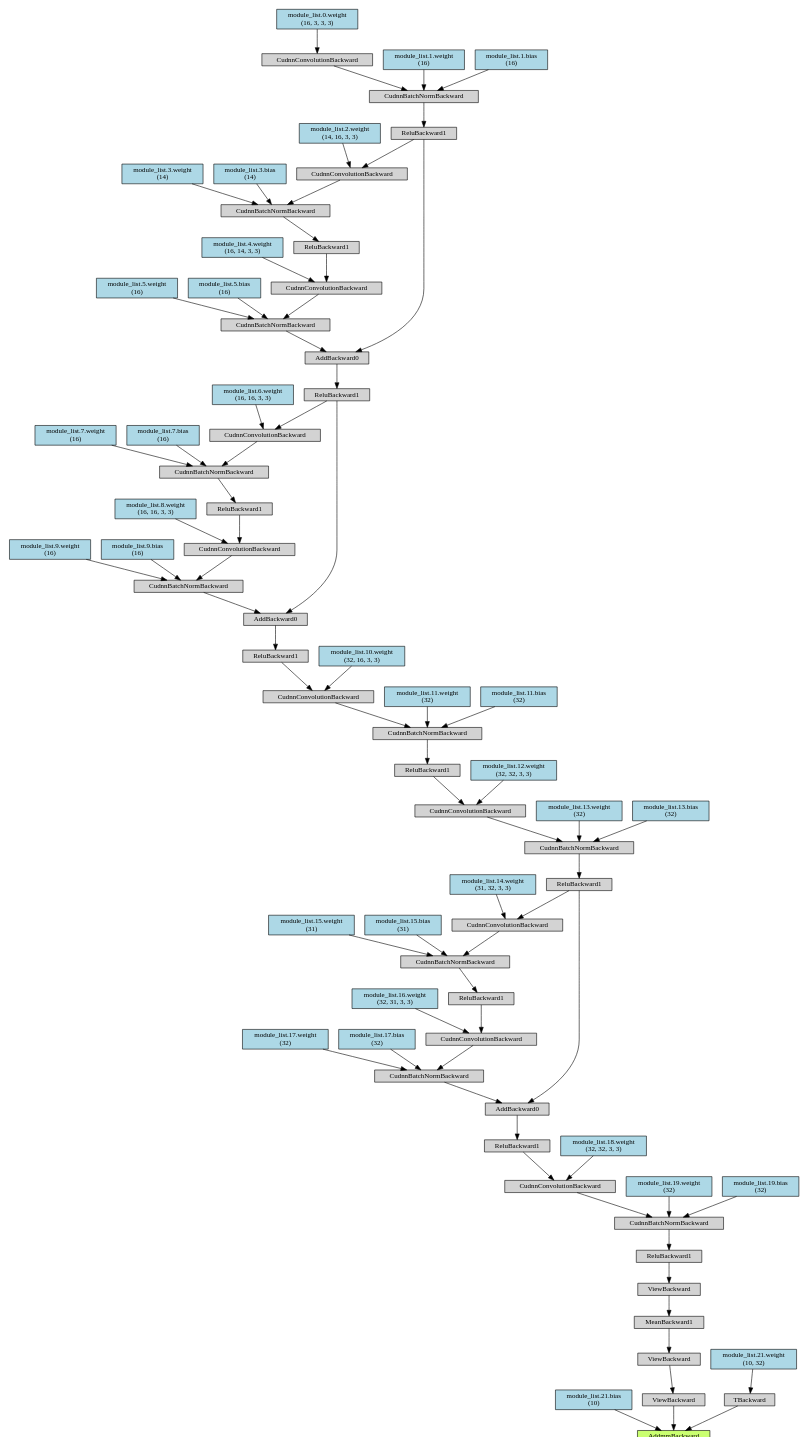
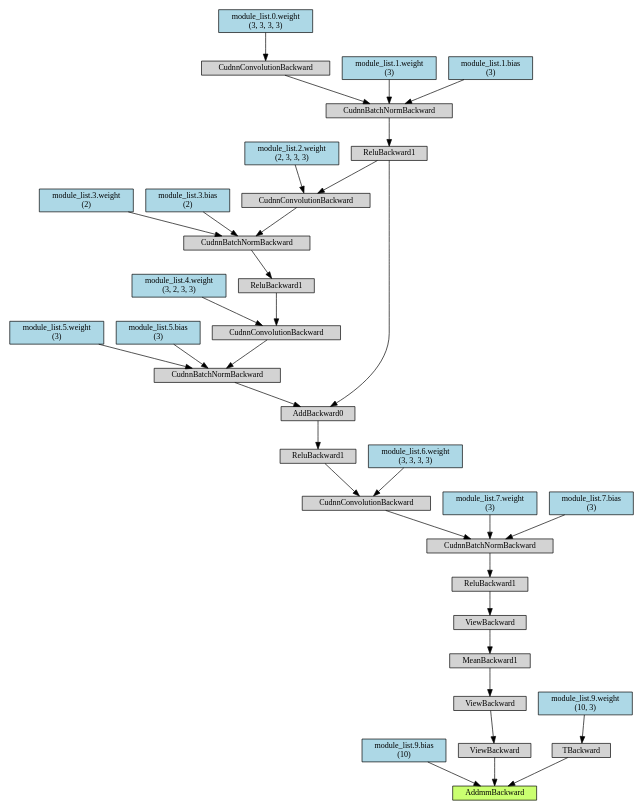
The diagram in PruneTrain17_0.dot (j3ssi/MA_Source), drawn with Graphviz before and after one commit. The commit also changed 191 other files, not shown here.

```diff
--- a/PruneTrain17_0.dot
+++ b/PruneTrain17_0.dot
@@ -1,180 +1,84 @@
 digraph {
-	graph [size="21.599999999999998,21.599999999999998"]
+	graph [size="12,12"]
 	node [align=left fontsize=12 height=0.2 ranksep=0.1 shape=box style=filled]
-	140712356647712 [label=AddmmBackward fillcolor=darkolivegreen1]
-	140712356648440 -> 140712356647712
-	140712356648440 [label="module_list.21.bias
+	140678379063616 [label=AddmmBackward fillcolor=darkolivegreen1]
+	140678378978888 -> 140678379063616
+	140678378978888 [label="module_list.9.bias
  (10)" fillcolor=lightblue]
-	140712356649616 -> 140712356647712
-	140712356649616 [label=ViewBackward]
-	140712256399288 -> 140712356649616
-	140712256399288 [label=ViewBackward]
-	140712256400968 -> 140712256399288
-	140712256400968 [label=MeanBackward1]
-	140712256401248 -> 140712256400968
-	140712256401248 [label=ViewBackward]
-	140712256397888 -> 140712256401248
-	140712256397888 [label=ReluBackward1]
-	140712256399008 -> 140712256397888
-	140712256399008 [label=CudnnBatchNormBackward]
-	140712256398840 -> 140712256399008
-	140712256398840 [label=CudnnConvolutionBackward]
-	140712256400688 -> 140712256398840
-	140712256400688 [label=ReluBackward1]
-	140712256400576 -> 140712256400688
-	140712256400576 [label=AddBackward0]
-	140712256398448 -> 140712256400576
-	140712256398448 [label=ReluBackward1]
-	140712256398336 -> 140712256398448
-	140712256398336 [label=CudnnBatchNormBackward]
-	140712256398280 -> 140712256398336
-	140712256398280 [label=CudnnConvolutionBackward]
-	140712256400184 -> 140712256398280
-	140712256400184 [label=ReluBackward1]
-	140712256400072 -> 140712256400184
-	140712256400072 [label=CudnnBatchNormBackward]
-	140712256397944 -> 140712256400072
-	140712256397944 [label=CudnnConvolutionBackward]
-	140712256397776 -> 140712256397944
-	140712256397776 [label=ReluBackward1]
-	140712256399680 -> 140712256397776
-	140712256399680 [label=AddBackward0]
-	140712256399624 -> 140712256399680
-	140712256399624 [label=ReluBackward1]
-	140712256397440 -> 140712256399624
-	140712256397440 [label=AddBackward0]
-	140712256397384 -> 140712256397440
-	140712256397384 [label=ReluBackward1]
-	140712256401024 -> 140712256397384
-	140712256401024 [label=CudnnBatchNormBackward]
-	140712256398504 -> 140712256401024
-	140712256398504 [label=CudnnConvolutionBackward]
-	140712256398672 -> 140712256398504
-	140712256398672 [label="module_list.0.weight
- (16, 3, 3, 3)" fillcolor=lightblue]
-	140712256401360 -> 140712256401024
-	140712256401360 [label="module_list.1.weight
- (16)" fillcolor=lightblue]
-	140712256400016 -> 140712256401024
-	140712256400016 [label="module_list.1.bias
- (16)" fillcolor=lightblue]
-	140712256399400 -> 140712256397440
-	140712256399400 [label=CudnnBatchNormBackward]
-	140712256398728 -> 140712256399400
-	140712256398728 [label=CudnnConvolutionBackward]
-	140711034572872 -> 140712256398728
-	140711034572872 [label=ReluBackward1]
-	140711034573096 -> 140711034572872
-	140711034573096 [label=CudnnBatchNormBackward]
-	140711034573208 -> 140711034573096
-	140711034573208 [label=CudnnConvolutionBackward]
-	140712256397384 -> 140711034573208
-	140711034573432 -> 140711034573208
-	140711034573432 [label="module_list.2.weight
- (14, 16, 3, 3)" fillcolor=lightblue]
-	140711034573264 -> 140711034573096
-	140711034573264 [label="module_list.3.weight
- (14)" fillcolor=lightblue]
-	140711034573320 -> 140711034573096
-	140711034573320 [label="module_list.3.bias
- (14)" fillcolor=lightblue]
-	140711034572984 -> 140712256398728
-	140711034572984 [label="module_list.4.weight
- (16, 14, 3, 3)" fillcolor=lightblue]
-	140712256401136 -> 140712256399400
-	140712256401136 [label="module_list.5.weight
- (16)" fillcolor=lightblue]
-	140712256399960 -> 140712256399400
-	140712256399960 [label="module_list.5.bias
- (16)" fillcolor=lightblue]
-	140712256399568 -> 140712256399680
-	140712256399568 [label=CudnnBatchNormBackward]
-	140712256399512 -> 140712256399568
-	140712256399512 [label=CudnnConvolutionBackward]
-	140711034573376 -> 140712256399512
-	140711034573376 [label=ReluBackward1]
-	140711034573600 -> 140711034573376
-	140711034573600 [label=CudnnBatchNormBackward]
-	140711034573544 -> 140711034573600
-	140711034573544 [label=CudnnConvolutionBackward]
-	140712256399624 -> 140711034573544
-	140711034573880 -> 140711034573544
-	140711034573880 [label="module_list.6.weight
- (16, 16, 3, 3)" fillcolor=lightblue]
-	140711034573712 -> 140711034573600
-	140711034573712 [label="module_list.7.weight
- (16)" fillcolor=lightblue]
-	140711034573768 -> 140711034573600
-	140711034573768 [label="module_list.7.bias
- (16)" fillcolor=lightblue]
-	140711034573488 -> 140712256399512
-	140711034573488 [label="module_list.8.weight
- (16, 16, 3, 3)" fillcolor=lightblue]
-	140712256400912 -> 140712256399568
-	140712256400912 [label="module_list.9.weight
- (16)" fillcolor=lightblue]
-	140711034572928 -> 140712256399568
-	140711034572928 [label="module_list.9.bias
- (16)" fillcolor=lightblue]
-	140712256397720 -> 140712256397944
-	140712256397720 [label="module_list.10.weight
- (32, 16, 3, 3)" fillcolor=lightblue]
-	140712256399904 -> 140712256400072
-	140712256399904 [label="module_list.11.weight
- (32)" fillcolor=lightblue]
-	140712256397832 -> 140712256400072
-	140712256397832 [label="module_list.11.bias
- (32)" fillcolor=lightblue]
-	140712256398112 -> 140712256398280
-	140712256398112 [label="module_list.12.weight
- (32, 32, 3, 3)" fillcolor=lightblue]
-	140712256400296 -> 140712256398336
-	140712256400296 [label="module_list.13.weight
- (32)" fillcolor=lightblue]
-	140712256400240 -> 140712256398336
-	140712256400240 [label="module_list.13.bias
- (32)" fillcolor=lightblue]
-	140712256398392 -> 140712256400576
-	140712256398392 [label=CudnnBatchNormBackward]
-	140712256398224 -> 140712256398392
-	140712256398224 [label=CudnnConvolutionBackward]
-	140712256399736 -> 140712256398224
-	140712256399736 [label=ReluBackward1]
-	140712256397608 -> 140712256399736
-	140712256397608 [label=CudnnBatchNormBackward]
-	140711034573152 -> 140712256397608
-	140711034573152 [label=CudnnConvolutionBackward]
-	140712256398448 -> 140711034573152
-	140711034574048 -> 140711034573152
-	140711034574048 [label="module_list.14.weight
- (31, 32, 3, 3)" fillcolor=lightblue]
-	140711034573824 -> 140712256397608
-	140711034573824 [label="module_list.15.weight
- (31)" fillcolor=lightblue]
-	140711034573936 -> 140712256397608
-	140711034573936 [label="module_list.15.bias
- (31)" fillcolor=lightblue]
-	140712256398000 -> 140712256398224
-	140712256398000 [label="module_list.16.weight
- (32, 31, 3, 3)" fillcolor=lightblue]
-	140712256398168 -> 140712256398392
-	140712256398168 [label="module_list.17.weight
- (32)" fillcolor=lightblue]
-	140712256398056 -> 140712256398392
-	140712256398056 [label="module_list.17.bias
- (32)" fillcolor=lightblue]
-	140712256398616 -> 140712256398840
-	140712256398616 [label="module_list.18.weight
- (32, 32, 3, 3)" fillcolor=lightblue]
-	140712256398784 -> 140712256399008
-	140712256398784 [label="module_list.19.weight
- (32)" fillcolor=lightblue]
-	140712256400800 -> 140712256399008
-	140712256400800 [label="module_list.19.bias
- (32)" fillcolor=lightblue]
-	140712356647824 -> 140712356647712
-	140712356647824 [label=TBackward]
-	140712256399176 -> 140712356647824
-	140712256399176 [label="module_list.21.weight
- (10, 32)" fillcolor=lightblue]
+	140679510623176 -> 140678379063616
+	140679510623176 [label=ViewBackward]
+	140679510623400 -> 140679510623176
+	140679510623400 [label=ViewBackward]
+	140679510623008 -> 140679510623400
+	140679510623008 [label=MeanBackward1]
+	140679510623624 -> 140679510623008
+	140679510623624 [label=ViewBackward]
+	140679510623736 -> 140679510623624
+	140679510623736 [label=ReluBackward1]
+	140679510623848 -> 140679510623736
+	140679510623848 [label=CudnnBatchNormBackward]
+	140679510623960 -> 140679510623848
+	140679510623960 [label=CudnnConvolutionBackward]
+	140679510624184 -> 140679510623960
+	140679510624184 [label=ReluBackward1]
+	140679510624352 -> 140679510624184
+	140679510624352 [label=AddBackward0]
+	140679510624464 -> 140679510624352
+	140679510624464 [label=ReluBackward1]
+	140679510624632 -> 140679510624464
+	140679510624632 [label=CudnnBatchNormBackward]
+	140679510624744 -> 140679510624632
+	140679510624744 [label=CudnnConvolutionBackward]
+	140679510624968 -> 140679510624744
+	140679510624968 [label="module_list.0.weight
+ (3, 3, 3, 3)" fillcolor=lightblue]
+	140679510624800 -> 140679510624632
+	140679510624800 [label="module_list.1.weight
+ (3)" fillcolor=lightblue]
+	140679510624856 -> 140679510624632
+	140679510624856 [label="module_list.1.bias
+ (3)" fillcolor=lightblue]
+	140679510624520 -> 140679510624352
+	140679510624520 [label=CudnnBatchNormBackward]
+	140679510624688 -> 140679510624520
+	140679510624688 [label=CudnnConvolutionBackward]
+	140679510625136 -> 140679510624688
+	140679510625136 [label=ReluBackward1]
+	140679510625304 -> 140679510625136
+	140679510625304 [label=CudnnBatchNormBackward]
+	140679510625416 -> 140679510625304
+	140679510625416 [label=CudnnConvolutionBackward]
+	140679510624464 -> 140679510625416
+	140679510625640 -> 140679510625416
+	140679510625640 [label="module_list.2.weight
+ (2, 3, 3, 3)" fillcolor=lightblue]
+	140679510625472 -> 140679510625304
+	140679510625472 [label="module_list.3.weight
+ (2)" fillcolor=lightblue]
+	140679510625528 -> 140679510625304
+	140679510625528 [label="module_list.3.bias
+ (2)" fillcolor=lightblue]
+	140679510625192 -> 140679510624688
+	140679510625192 [label="module_list.4.weight
+ (3, 2, 3, 3)" fillcolor=lightblue]
+	140679510624912 -> 140679510624520
+	140679510624912 [label="module_list.5.weight
+ (3)" fillcolor=lightblue]
+	140679510625024 -> 140679510624520
+	140679510625024 [label="module_list.5.bias
+ (3)" fillcolor=lightblue]
+	140679510624240 -> 140679510623960
+	140679510624240 [label="module_list.6.weight
+ (3, 3, 3, 3)" fillcolor=lightblue]
+	140679510624016 -> 140679510623848
+	140679510624016 [label="module_list.7.weight
+ (3)" fillcolor=lightblue]
+	140679510624072 -> 140679510623848
+	140679510624072 [label="module_list.7.bias
+ (3)" fillcolor=lightblue]
+	140679510623064 -> 140678379063616
+	140679510623064 [label=TBackward]
+	140679510623456 -> 140679510623064
+	140679510623456 [label="module_list.9.weight
+ (10, 3)" fillcolor=lightblue]
 }
```
